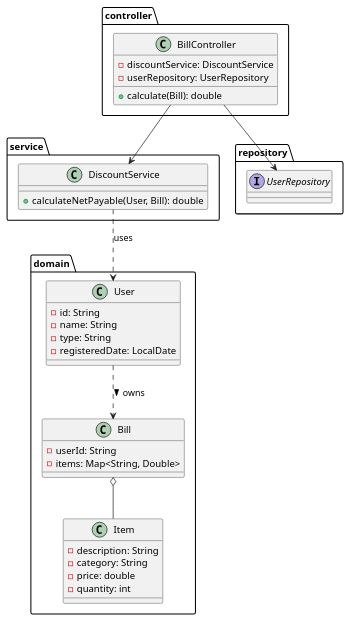
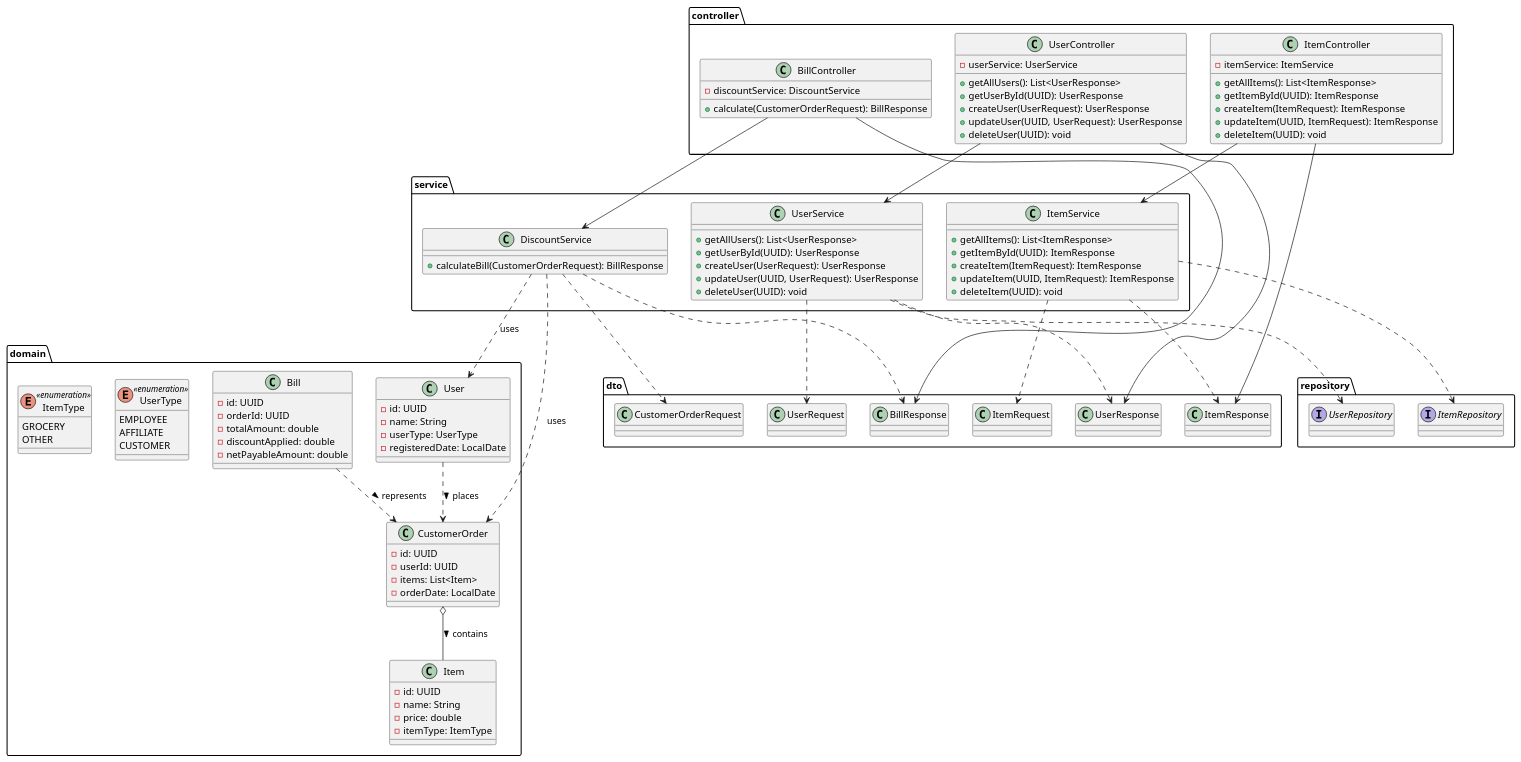
One commit to mohammedaldrees10/retail-discount-service changed the diagram in uml/retail_class_diagram.puml. Above: the diagram before and after it, drawn with PlantUML.

Commit message:
update puml

```diff
--- a/uml/retail_class_diagram.puml
+++ b/uml/retail_class_diagram.puml
@@ -2,41 +1,150 @@
-@startuml RetailDiscountService
+@startuml
+' =======================
+' Domain Layer
+' =======================
 package domain {
   class User {
-    - id: String
+    - id: UUID
     - name: String
-    - type: String
+    - userType: UserType
     - registeredDate: LocalDate
   }
+  
   class Item {
-    - description: String
-    - category: String
+    - id: UUID
+    - name: String
     - price: double
-    - quantity: int
+    - itemType: ItemType
   }
+
+  class CustomerOrder {
+    - id: UUID
+    - userId: UUID
+    - items: List<Item>
+    - orderDate: LocalDate
+  }
+
   class Bill {
-    - userId: String
-    - items: Map<String, Double>
+    - id: UUID
+    - orderId: UUID
+    - totalAmount: double
+    - discountApplied: double
+    - netPayableAmount: double
+  }
+
+  enum UserType <<enumeration>> {
+    EMPLOYEE
+    AFFILIATE
+    CUSTOMER
+  }
+
+  enum ItemType <<enumeration>> {
+    GROCERY
+    OTHER
   }
 }
+
+' =======================
+' DTO Layer
+' =======================
+package dto {
+  class CustomerOrderRequest
+  class BillResponse
+  class UserRequest
+  class UserResponse
+  class ItemRequest
+  class ItemResponse
+}
+
+' =======================
+' Service Layer
+' =======================
 package service {
   class DiscountService {
-    + calculateNetPayable(User, Bill): double
+    + calculateBill(CustomerOrderRequest): BillResponse
+  }
+  
+  class UserService {
+    + getAllUsers(): List<UserResponse>
+    + getUserById(UUID): UserResponse
+    + createUser(UserRequest): UserResponse
+    + updateUser(UUID, UserRequest): UserResponse
+    + deleteUser(UUID): void
+  }
+
+  class ItemService {
+    + getAllItems(): List<ItemResponse>
+    + getItemById(UUID): ItemResponse
+    + createItem(ItemRequest): ItemResponse
+    + updateItem(UUID, ItemRequest): ItemResponse
+    + deleteItem(UUID): void
   }
 }
+
+' =======================
+' Repository Layer
+' =======================
 package repository {
   interface UserRepository
+  interface ItemRepository
 }
+
+' =======================
+' Controller Layer
+' =======================
 package controller {
   class BillController {
     - discountService: DiscountService
-    - userRepository: UserRepository
-    + calculate(Bill): double
+    + calculate(CustomerOrderRequest): BillResponse
+  }
+
+  class UserController {
+    - userService: UserService
+    + getAllUsers(): List<UserResponse>
+    + getUserById(UUID): UserResponse
+    + createUser(UserRequest): UserResponse
+    + updateUser(UUID, UserRequest): UserResponse
+    + deleteUser(UUID): void
+  }
+
+  class ItemController {
+    - itemService: ItemService
+    + getAllItems(): List<ItemResponse>
+    + getItemById(UUID): ItemResponse
+    + createItem(ItemRequest): ItemResponse
+    + updateItem(UUID, ItemRequest): ItemResponse
+    + deleteItem(UUID): void
   }
 }
 
-User ..> Bill : owns >
-Bill o-- Item
+' =======================
+' Relationships
+' =======================
+' Domain relationships
+User ..> CustomerOrder : places >
+CustomerOrder o-- Item : contains >
+Bill ..> CustomerOrder : represents >
+
+' Service uses
+DiscountService ..> User : uses
+DiscountService ..> CustomerOrder : uses
+DiscountService ..> CustomerOrderRequest
+DiscountService ..> BillResponse
+
+UserService ..> UserRequest
+UserService ..> UserResponse
+ItemService ..> ItemRequest
+ItemService ..> ItemResponse
+
+' Controller uses
 BillController --> DiscountService
-BillController --> UserRepository
-DiscountService ..> User : uses
+BillController --> BillResponse
+UserController --> UserService
+UserController --> UserResponse
+ItemController --> ItemService
+ItemController --> ItemResponse
+
+' Repositories
+UserService ..> UserRepository
+ItemService ..> ItemRepository
 @enduml
```
